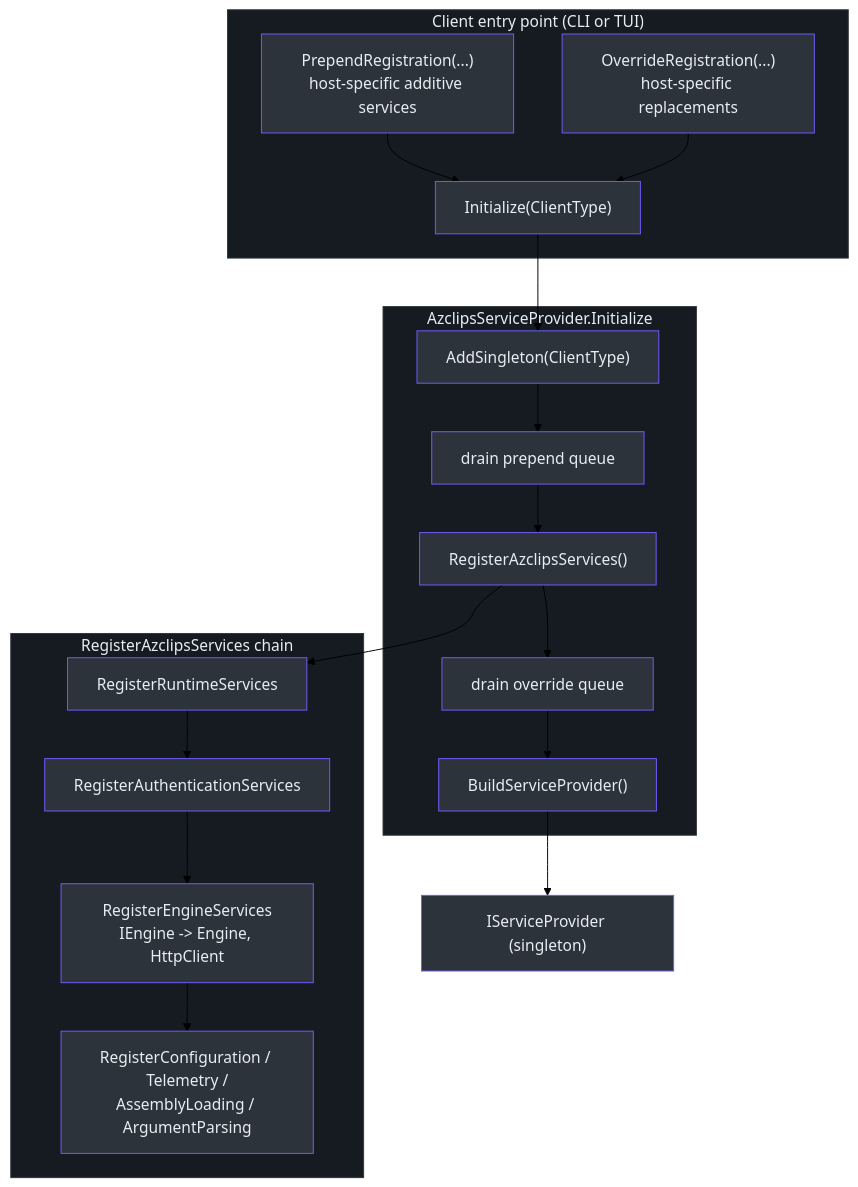
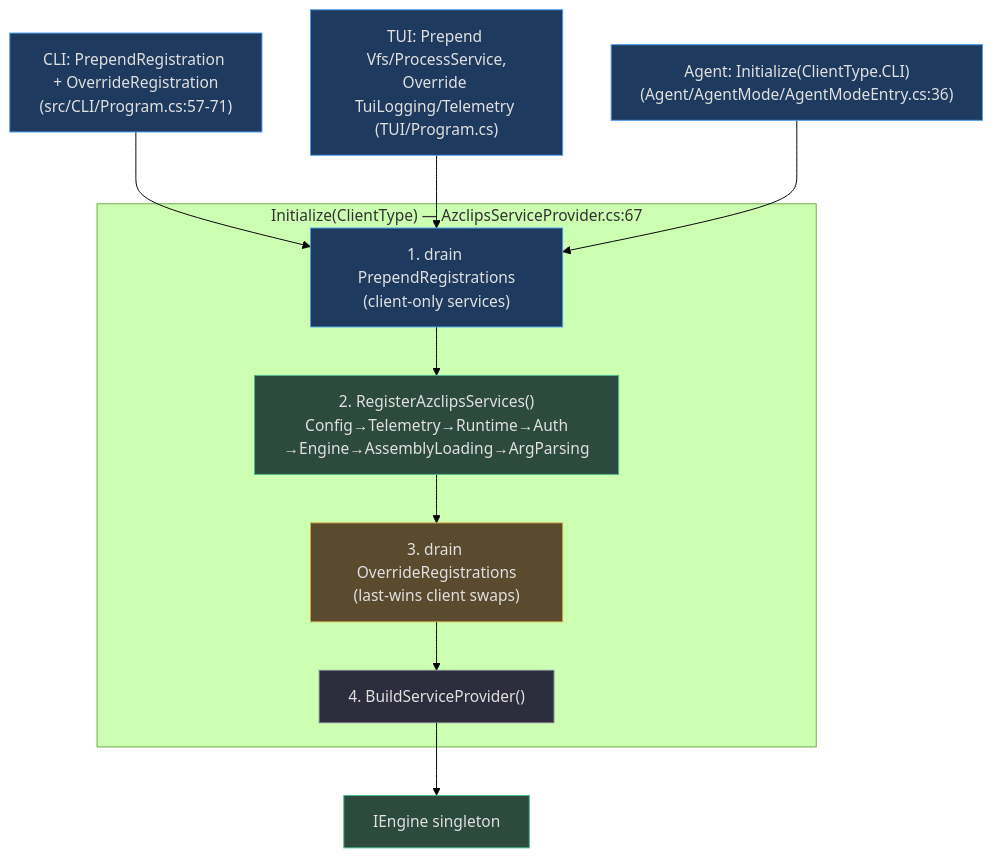
Before and after one commit to Azure/azclips: the first of 2 diagrams in wiki/02-deep-dive/core-engine-orchestration.md, drawn with Mermaid (forest theme). The commit also changed other lines of this file and 34 other files, not shown here.

First line of the commit message:
docs(wiki): refresh generated architecture documentation

````diff
--- a/wiki/02-deep-dive/core-engine-orchestration.md
+++ b/wiki/02-deep-dive/core-engine-orchestration.md
@@ -67,46 +33,28 @@
 ```mermaid
-flowchart TD
-    subgraph client["Client entry point (CLI or TUI)"]
-        P["PrependRegistration(...)<br>host-specific additive services"]
-        O["OverrideRegistration(...)<br>host-specific replacements"]
-        I["Initialize(ClientType)"]
+graph TB
+    subgraph phases["Initialize(ClientType) — AzclipsServiceProvider.cs:67"]
+        PRE["1. drain PrependRegistrations<br>(client-only services)"]
+        DEF["2. RegisterAzclipsServices()<br>Config→Telemetry→Runtime→Auth<br>→Engine→AssemblyLoading→ArgParsing"]
+        OVR["3. drain OverrideRegistrations<br>(last-wins client swaps)"]
+        BUILD["4. BuildServiceProvider()"]
     end
 
-    subgraph root["AzclipsServiceProvider.Initialize"]
-        CT["AddSingleton(ClientType)"]
-        PQ["drain prepend queue"]
-        REG["RegisterAzclipsServices()"]
-        OQ["drain override queue"]
-        BUILD["BuildServiceProvider()"]
-    end
+    CLI["CLI: PrependRegistration + OverrideRegistration<br>(src/CLI/Program.cs:57-71)"]
+    TUI["TUI: Prepend Vfs/ProcessService,<br>Override TuiLogging/Telemetry (TUI/Program.cs)"]
+    AGENT["Agent: Initialize(ClientType.CLI)<br>(Agent/AgentMode/AgentModeEntry.cs:36)"]
 
-    subgraph modules["RegisterAzclipsServices chain"]
-        M1["RegisterRuntimeServices"]
-        M2["RegisterAuthenticationServices"]
-        M3["RegisterEngineServices<br>IEngine -> Engine, HttpClient"]
-        M4["RegisterConfiguration / Telemetry /<br>AssemblyLoading / ArgumentParsing"]
-    end
+    CLI --> PRE
+    TUI --> PRE
+    AGENT --> PRE
+    PRE --> DEF --> OVR --> BUILD
+    BUILD --> ENGINE["IEngine singleton"]
 
-    P --> I
-    O --> I
-    I --> CT --> PQ --> REG --> OQ --> BUILD
-    REG --> M1 --> M2 --> M3 --> M4
-    BUILD --> SP["IServiceProvider (singleton)"]
-
-    style client fill:#161b22,stroke:#30363d,color:#e6edf3
-    style root fill:#161b22,stroke:#30363d,color:#e6edf3
-    style modules fill:#161b22,stroke:#30363d,color:#e6edf3
-    style P fill:#2d333b,stroke:#6d5dfc,color:#e6edf3
-    style O fill:#2d333b,stroke:#6d5dfc,color:#e6edf3
-    style I fill:#2d333b,stroke:#6d5dfc,color:#e6edf3
-    style CT fill:#2d333b,stroke:#6d5dfc,color:#e6edf3
-    style PQ fill:#2d333b,stroke:#6d5dfc,color:#e6edf3
-    style REG fill:#2d333b,stroke:#6d5dfc,color:#e6edf3
-    style OQ fill:#2d333b,stroke:#6d5dfc,color:#e6edf3
-    style BUILD fill:#2d333b,stroke:#6d5dfc,color:#e6edf3
-    style M1 fill:#2d333b,stroke:#6d5dfc,color:#e6edf3
-    style M2 fill:#2d333b,stroke:#6d5dfc,color:#e6edf3
-    style M3 fill:#2d333b,stroke:#6d5dfc,color:#e6edf3
-    style M4 fill:#2d333b,stroke:#6d5dfc,color:#e6edf3
-    style SP fill:#2d333b,stroke:#6d5dfc,color:#e6edf3
+    style PRE fill:#1e3a5f,stroke:#4a9eed,color:#e0e0e0
+    style DEF fill:#2d4a3e,stroke:#4aba8a,color:#e0e0e0
+    style OVR fill:#5a4a2e,stroke:#d4a84b,color:#e0e0e0
+    style BUILD fill:#2d2d3d,stroke:#7a7a8a,color:#e0e0e0
+    style ENGINE fill:#2d4a3e,stroke:#4aba8a,color:#e0e0e0
+    style CLI fill:#1e3a5f,stroke:#4a9eed,color:#e0e0e0
+    style TUI fill:#1e3a5f,stroke:#4a9eed,color:#e0e0e0
+    style AGENT fill:#1e3a5f,stroke:#4a9eed,color:#e0e0e0
 ```
````
